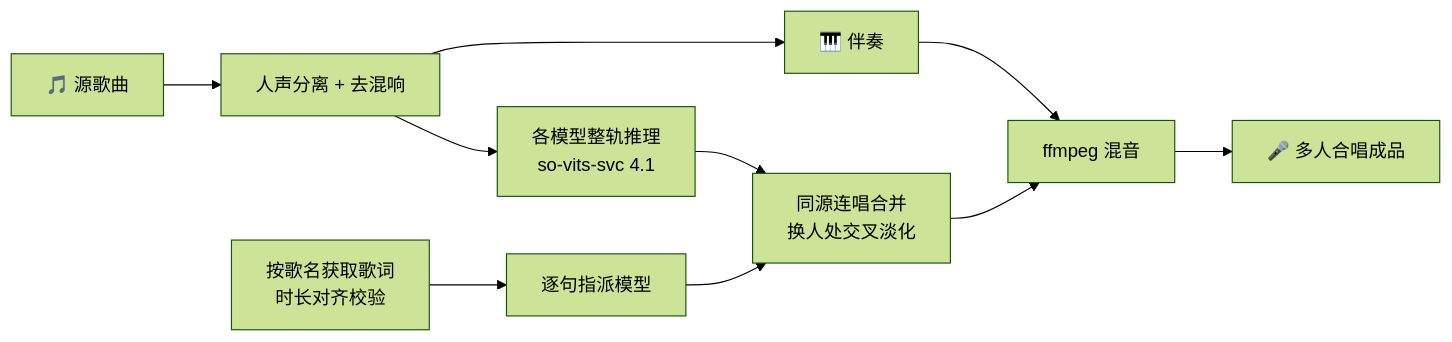
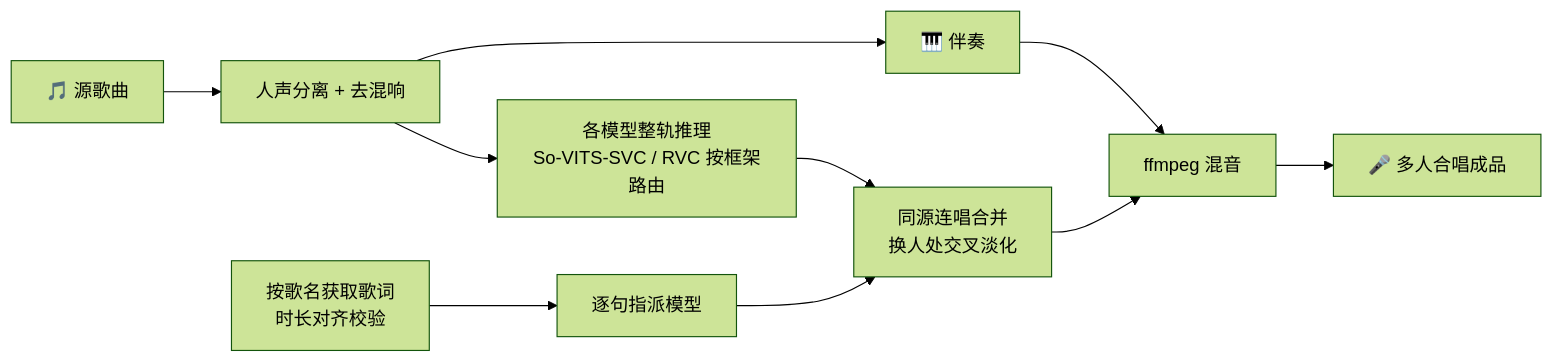
The second of 2 diagrams in README.md (SDIJF1521/xb-svcb), drawn with Mermaid (forest theme) before and after one commit. The commit also changed other lines of this file and 1 other file, not shown here.

````diff
--- a/README.md
+++ b/README.md
@@ -164,12 +177,12 @@
 ```mermaid
 flowchart LR
     A[🎵 源歌曲] --> B[人声分离 + 去混响]
     B --> I[🎹 伴奏]
     L[按歌名获取歌词<br/>时长对齐校验] --> N[逐句指派模型]
-    B --> P[各模型整轨推理<br/>so-vits-svc 4.1]
+    B --> P[各模型整轨推理<br/>So-VITS-SVC / RVC 按框架路由]
     N --> Q[同源连唱合并<br/>换人处交叉淡化]
     P --> Q
     I --> F[ffmpeg 混音]
     Q --> F
     F --> G[🎤 多人合唱成品]
 ```
````
